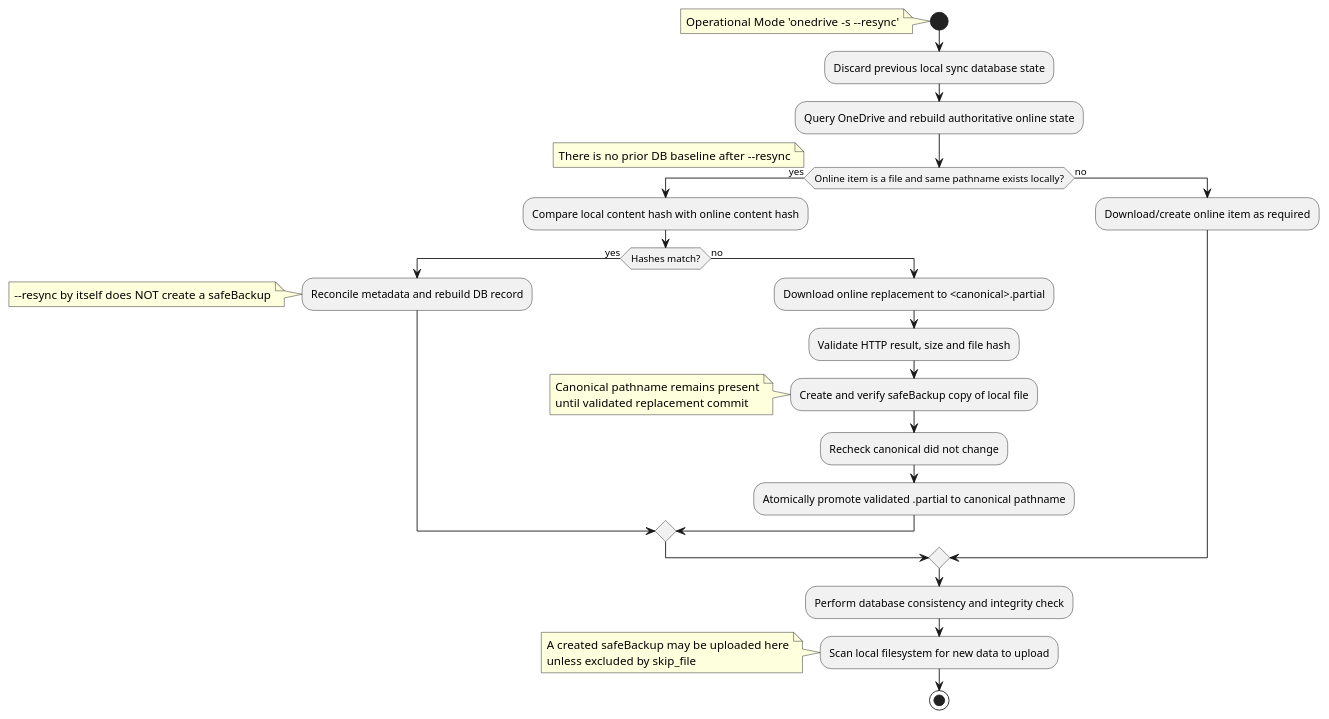
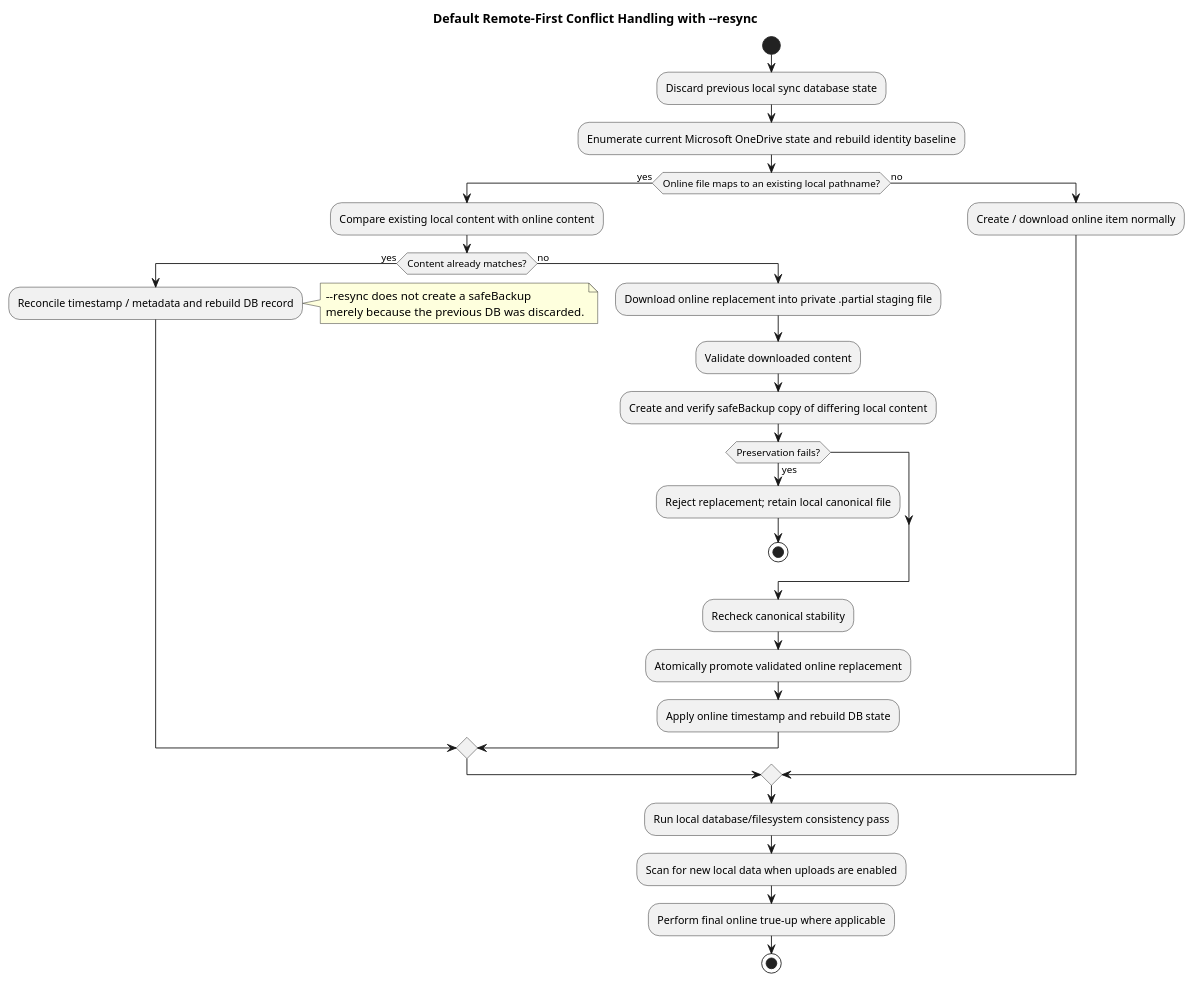
The diagram in docs/puml/conflict_handling_default_resync.puml (abraunegg/onedrive), drawn with PlantUML before and after one commit. The commit also changed 45 other files, not shown here.

First line of the commit message:
Update architecture documentation

```diff
--- a/docs/puml/conflict_handling_default_resync.puml
+++ b/docs/puml/conflict_handling_default_resync.puml
@@ -1,27 +1,36 @@
 @startuml
+title Default Remote-First Conflict Handling with ~--resync
 start
-note left: Operational Mode 'onedrive -s --resync'
+
 :Discard previous local sync database state;
-:Query OneDrive and rebuild authoritative online state;
-if (Online item is a file and same pathname exists locally?) then (yes)
-  note left: There is no prior DB baseline after --resync
-  :Compare local content hash with online content hash;
-  if (Hashes match?) then (yes)
-    :Reconcile metadata and rebuild DB record;
-    note left: --resync by itself does NOT create a safeBackup
+:Enumerate current Microsoft OneDrive state and rebuild identity baseline;
+
+if (Online file maps to an existing local pathname?) then (yes)
+  :Compare existing local content with online content;
+  if (Content already matches?) then (yes)
+    :Reconcile timestamp / metadata and rebuild DB record;
+    note right
+      ~--resync does not create a safeBackup
+      merely because the previous DB was discarded.
+    end note
   else (no)
-    :Download online replacement to <canonical>.partial;
-    :Validate HTTP result, size and file hash;
-    :Create and verify safeBackup copy of local file;
-    note left: Canonical pathname remains present\nuntil validated replacement commit
-    :Recheck canonical did not change;
-    :Atomically promote validated .partial to canonical pathname;
+    :Download online replacement into private .partial staging file;
+    :Validate downloaded content;
+    :Create and verify safeBackup copy of differing local content;
+    if (Preservation fails?) then (yes)
+      :Reject replacement; retain local canonical file;
+      stop
+    endif
+    :Recheck canonical stability;
+    :Atomically promote validated online replacement;
+    :Apply online timestamp and rebuild DB state;
   endif
 else (no)
-  :Download/create online item as required;
+  :Create / download online item normally;
 endif
-:Perform database consistency and integrity check;
-:Scan local filesystem for new data to upload;
-note left: A created safeBackup may be uploaded here\nunless excluded by skip_file
+
+:Run local database/filesystem consistency pass;
+:Scan for new local data when uploads are enabled;
+:Perform final online true-up where applicable;
 stop
 @enduml
```
